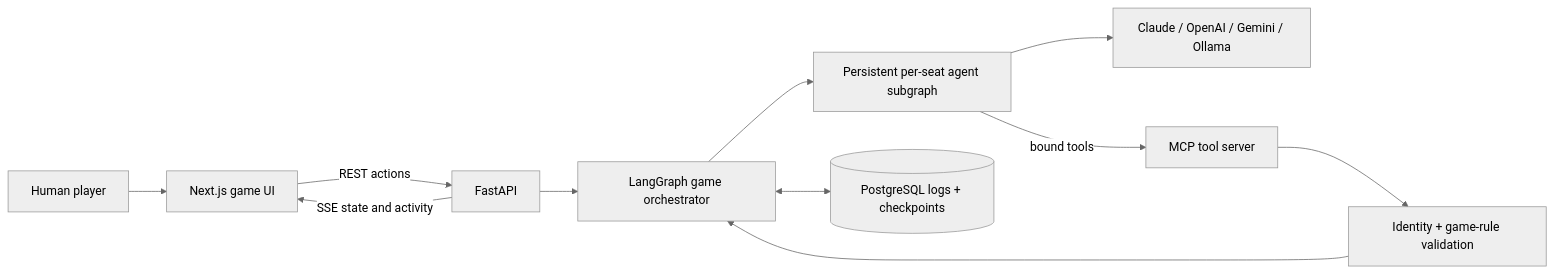
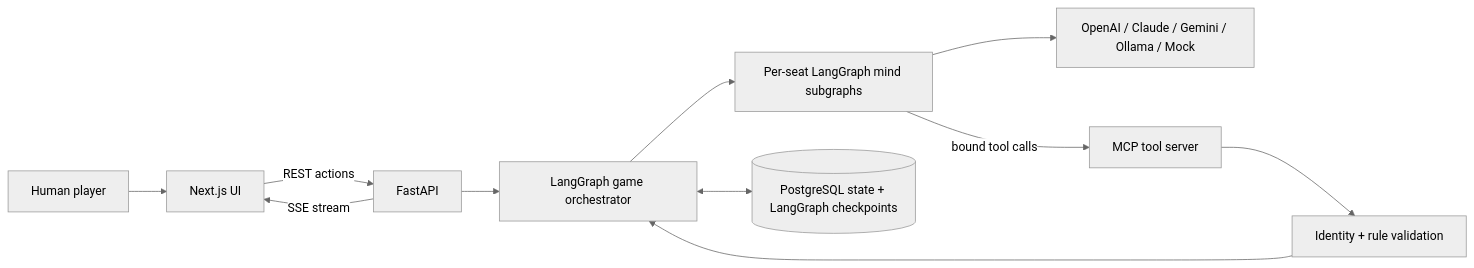
The diagram in README.md (mk-tdev/village-of-shadows), drawn with Mermaid (neutral theme) before and after one commit. The commit also changed other lines of this file, not shown here.

````diff
--- a/README.md
+++ b/README.md
@@ -86,13 +128,13 @@
 ```mermaid
 flowchart LR
-    Human[Human player] --> UI[Next.js game UI]
+    Human[Human player] --> UI[Next.js UI]
     UI -->|REST actions| API[FastAPI]
     API --> Graph[LangGraph game orchestrator]
-    Graph --> Minds[Persistent per-seat agent subgraph]
-    Minds --> Models[Claude / OpenAI / Gemini / Ollama]
-    Minds -->|bound tools| MCP[MCP tool server]
-    MCP --> Rules[Identity + game-rule validation]
+    Graph --> Minds[Per-seat LangGraph mind subgraphs]
+    Minds --> Models[OpenAI / Claude / Gemini / Ollama / Mock]
+    Minds -->|bound tool calls| MCP[MCP tool server]
+    MCP --> Rules[Identity + rule validation]
     Rules --> Graph
-    Graph <--> Store[(PostgreSQL logs + checkpoints)]
-    API -->|SSE state and activity| UI
+    Graph <--> Store[(PostgreSQL state + LangGraph checkpoints)]
+    API -->|SSE stream| UI
 ```
````
